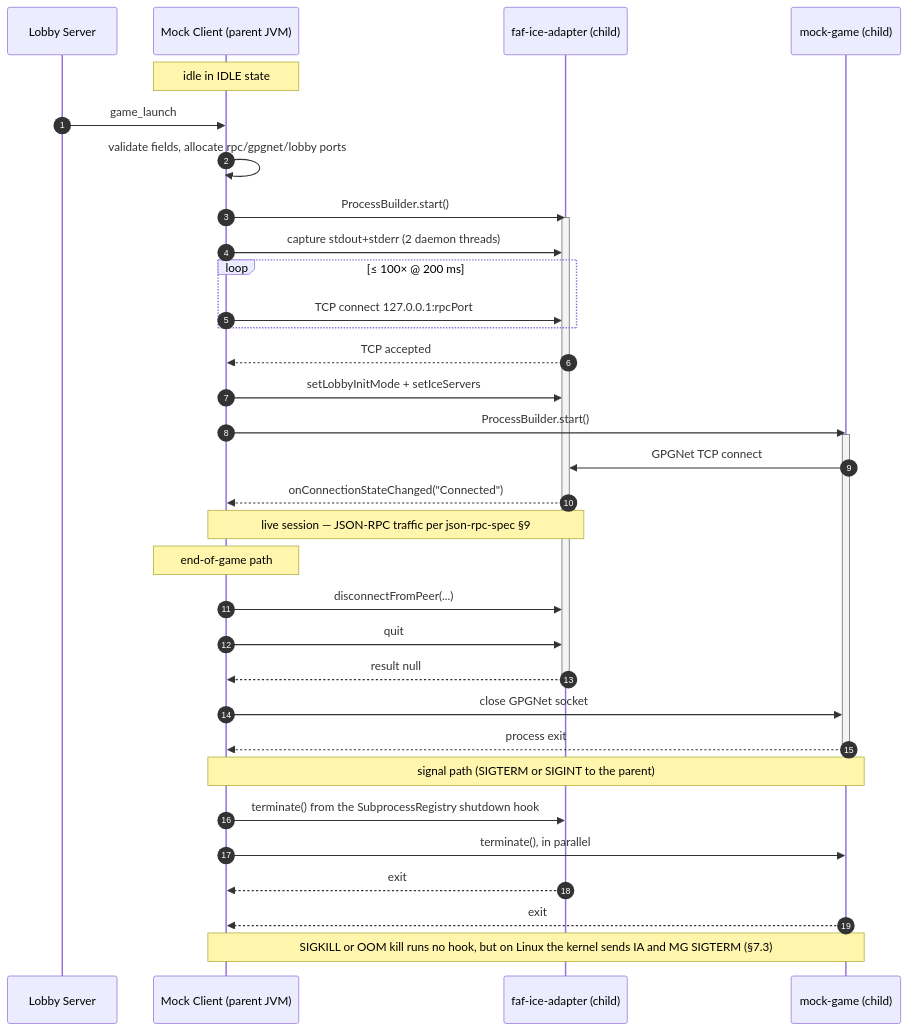
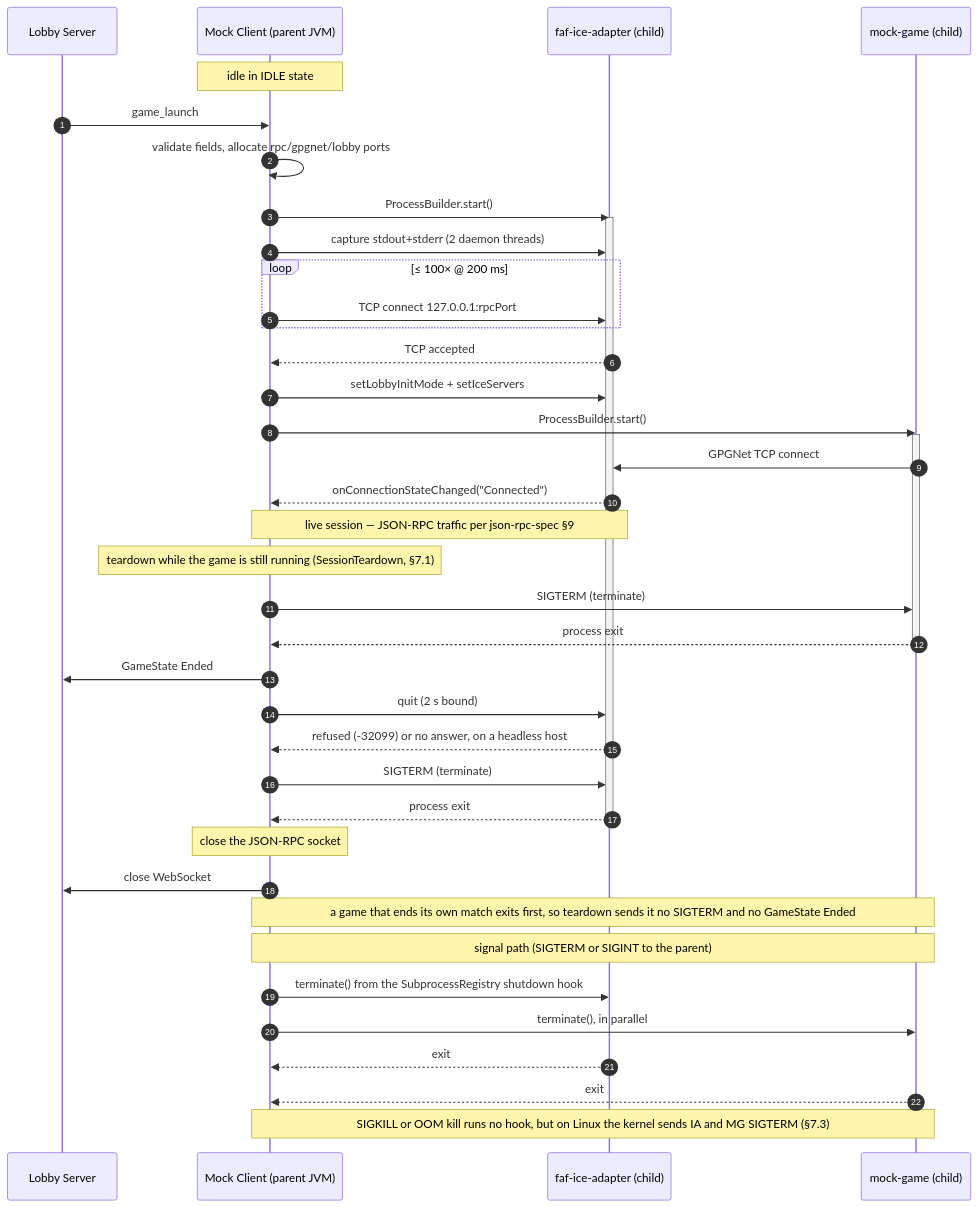
The diagram in documentation/research/subprocess-orchestration-spec.md (md-173/faf-test-harness), drawn with Mermaid before and after one commit. The commit also changed other lines of this file, not shown here.

Commit message:
docs: match the spec's teardown and step citations to the code

````diff
--- a/documentation/research/subprocess-orchestration-spec.md
+++ b/documentation/research/subprocess-orchestration-spec.md
@@ -812,42 +823,47 @@
 ```mermaid
 sequenceDiagram
     autonumber
     participant LS as Lobby Server
     participant MC as Mock Client (parent JVM)
     participant IA as faf-ice-adapter (child)
     participant MG as mock-game (child)
 
     Note over MC: idle in IDLE state
     LS->>MC: game_launch
     MC->>MC: validate fields, allocate rpc/gpgnet/lobby ports
     MC->>IA: ProcessBuilder.start()
     activate IA
     MC->>IA: capture stdout+stderr (2 daemon threads)
     loop ≤ 100× @ 200 ms
         MC->>IA: TCP connect 127.0.0.1:rpcPort
     end
     IA-->>MC: TCP accepted
     MC->>IA: setLobbyInitMode + setIceServers
     MC->>MG: ProcessBuilder.start()
     activate MG
     MG->>IA: GPGNet TCP connect
     IA-->>MC: onConnectionStateChanged("Connected")
 
     Note over MC,IA: live session — JSON-RPC traffic per json-rpc-spec §9
 
-    Note over MC: end-of-game path
-    MC->>IA: disconnectFromPeer(...)
-    MC->>IA: quit
-    IA-->>MC: result null
-    deactivate IA
-    MC->>MG: close GPGNet socket
+    Note over MC: teardown while the game is still running (SessionTeardown, §7.1)
+    MC->>MG: SIGTERM (terminate)
     MG-->>MC: process exit
     deactivate MG
+    MC->>LS: GameState Ended
+    MC->>IA: quit (2 s bound)
+    IA-->>MC: refused (-32099) or no answer, on a headless host
+    MC->>IA: SIGTERM (terminate)
+    IA-->>MC: process exit
+    deactivate IA
+    Note over MC: close the JSON-RPC socket
+    MC->>LS: close WebSocket
+    Note over MC,MG: a game that ends its own match exits first, so teardown sends it no SIGTERM and no GameState Ended
 
     Note over MC,MG: signal path (SIGTERM or SIGINT to the parent)
     MC->>IA: terminate() from the SubprocessRegistry shutdown hook
     MC->>MG: terminate(), in parallel
     IA-->>MC: exit
     MG-->>MC: exit
     Note over MC,MG: SIGKILL or OOM kill runs no hook, but on Linux the kernel sends IA and MG SIGTERM (§7.3)
 ```
````
